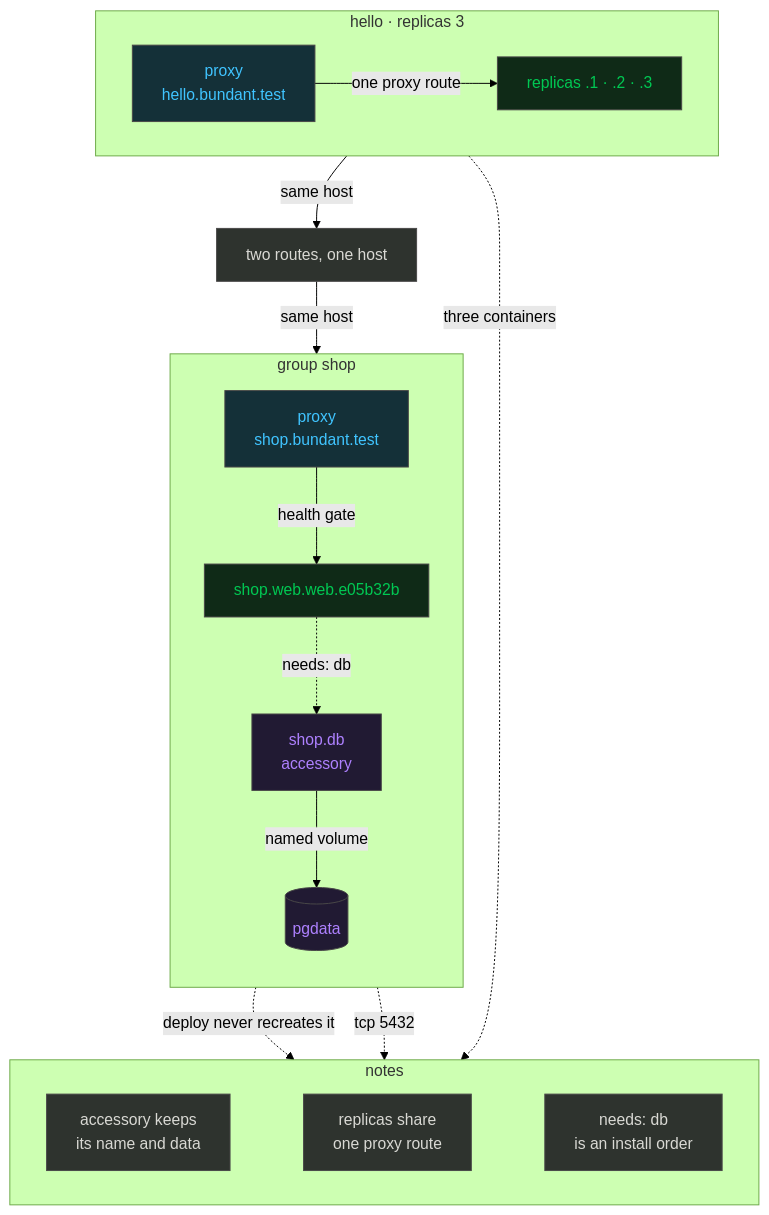
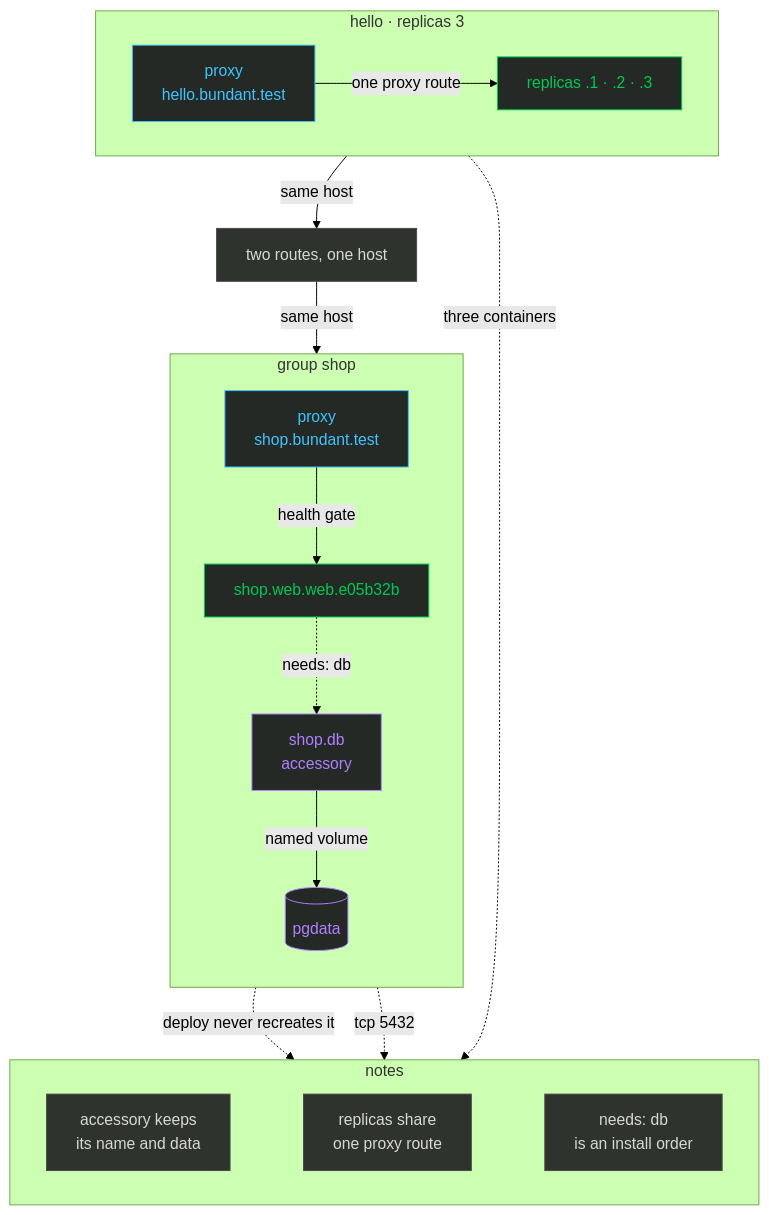
The diagram in docs/tutorial/04-scale-and-groups.mdx (gjuoun/bundant), drawn with Mermaid (forest theme) before and after one commit. The commit also changed 7 other files, not shown here.

````diff
--- a/docs/tutorial/04-scale-and-groups.mdx
+++ b/docs/tutorial/04-scale-and-groups.mdx
@@ -126,32 +126,32 @@
 ```mermaid
 flowchart TD
   subgraph svc["hello · replicas 3"]
     direction LR
     P1["proxy<br/>hello.bundant.test"] -- "one proxy route" --> H1["replicas .1 · .2 · .3"]
   end
   subgraph grp["group shop"]
     direction TB
     P2["proxy<br/>shop.bundant.test"] -- "health gate" --> W["shop.web.web.e05b32b"]
     W -. "needs: db" .-> D["shop.db<br/>accessory"]
     D -- "named volume" --> V[("pgdata")]
   end
   H1 -- "same host" --> BRIDGE["two routes, one host"] -- "same host" --> P2
   subgraph notes["notes"]
     direction LR
     N2["accessory keeps<br/>its name and data"]
     N1["replicas share<br/>one proxy route"]
     N3["needs: db<br/>is an install order"]
     N2 ~~~ N1 ~~~ N3
   end
   V -. "deploy never recreates it" .-> N2
   H1 -. "three containers" .-> N1
   W -. "tcp 5432" .-> N3
-  classDef local fill:#143038,color:#40c4ff,stroke:#494848;
-  classDef ok fill:#0f2a17,color:#00c853,stroke:#494848;
-  classDef storage fill:#211a33,color:#ae81ff,stroke:#494848;
+  classDef local fill:#252925,color:#40c4ff,stroke:#40c4ff;
+  classDef ok fill:#252925,color:#00c853,stroke:#00c853;
+  classDef storage fill:#252925,color:#ae81ff,stroke:#ae81ff;
   classDef neutral fill:#2e332e,color:#d9d9d4,stroke:#494848;
   class P1,P2 local;
   class H1,W ok;
   class D,V storage;
   class BRIDGE,N1,N2,N3 neutral;
 ```
````
